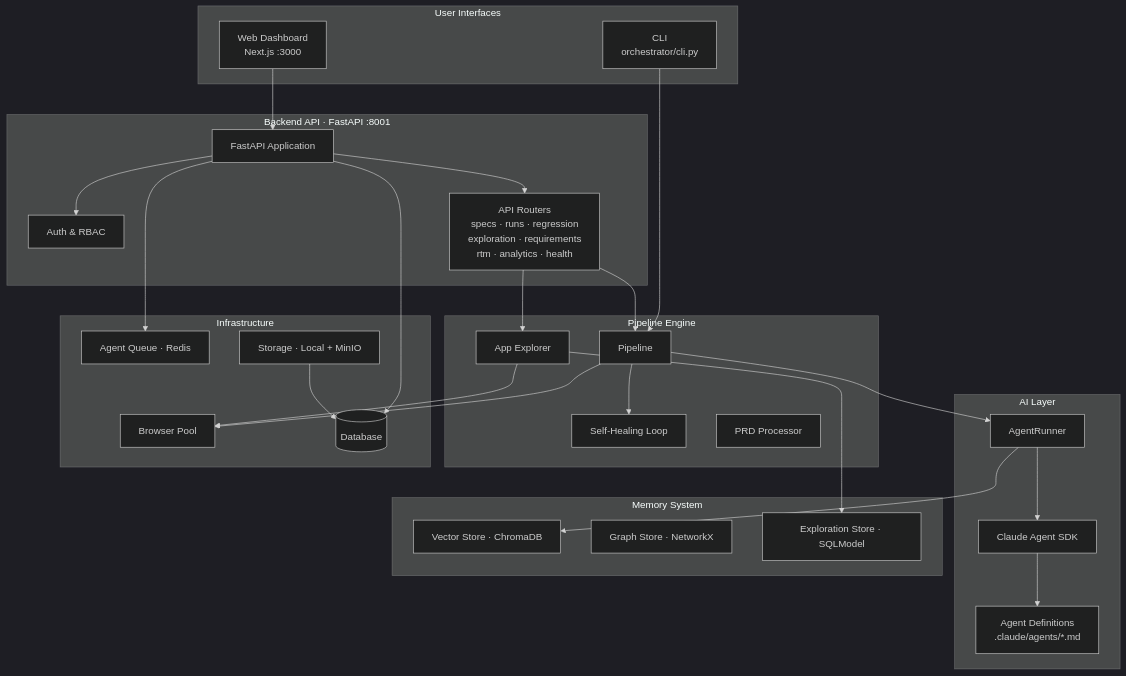
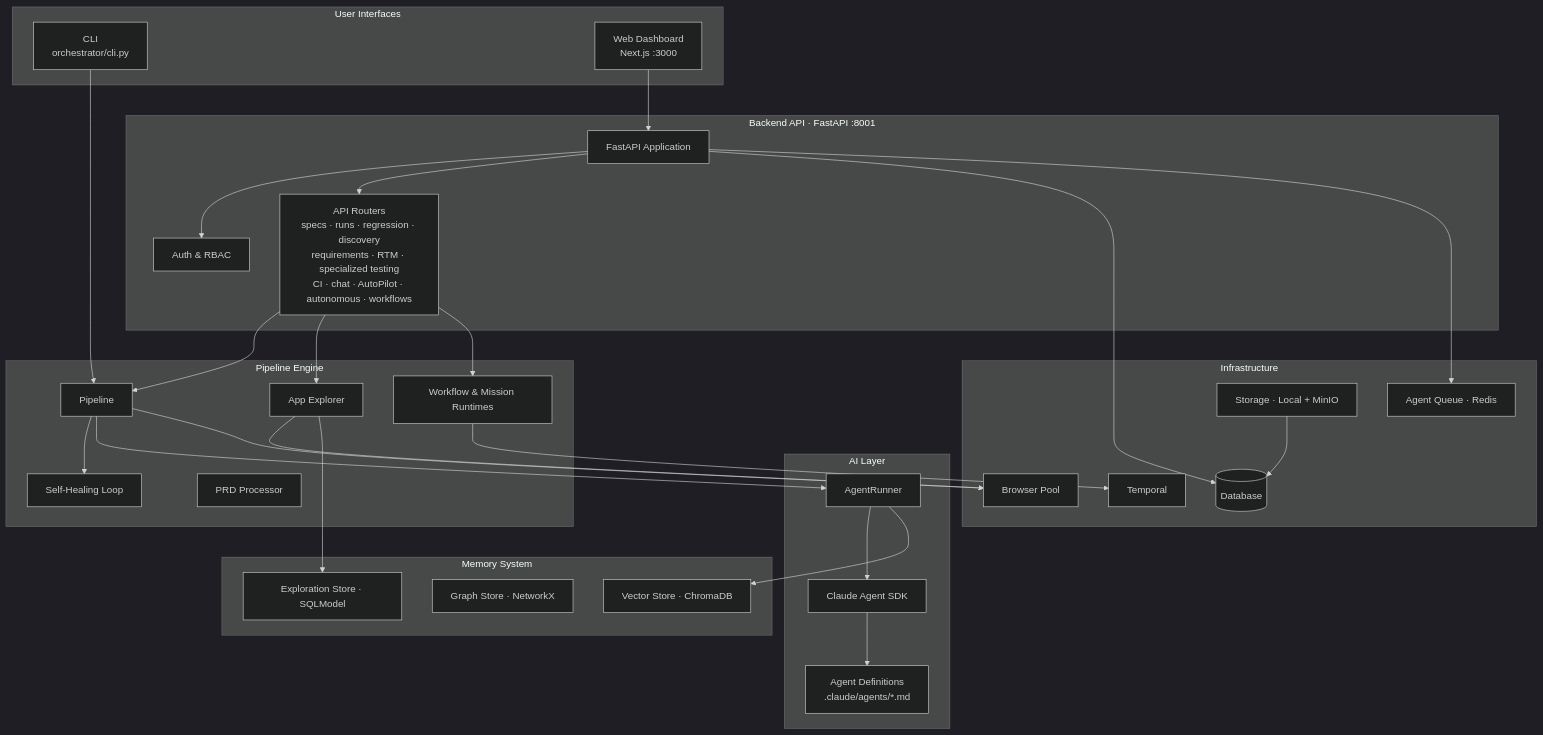
The first of 2 diagrams in docs/explanation/system-overview.md (NihadMemmedli/quorvex_ai), drawn with Mermaid (dark theme) before and after one commit. The commit also changed other lines of this file and 122 other files, not shown here.

````diff
--- a/docs/explanation/system-overview.md
+++ b/docs/explanation/system-overview.md
@@ -9,60 +14,64 @@
 ```mermaid
 graph TB
     subgraph UI["User Interfaces"]
         CLI["CLI\norchestrator/cli.py"]
         WEB["Web Dashboard\nNext.js :3000"]
     end
 
     subgraph BACKEND["Backend API · FastAPI :8001"]
         API["FastAPI Application"]
         AUTH["Auth & RBAC"]
-        ROUTERS["API Routers\nspecs · runs · regression\nexploration · requirements\nrtm · analytics · health"]
+        ROUTERS["API Routers\nspecs · runs · regression · discovery\nrequirements · RTM · specialized testing\nCI · chat · AutoPilot · autonomous · workflows"]
     end
 
     subgraph PIPELINE["Pipeline Engine"]
         NATIVE["Pipeline"]
         HEALER["Self-Healing Loop"]
         EXPLORER["App Explorer"]
         PRD["PRD Processor"]
+        WORKFLOWS["Workflow & Mission Runtimes"]
     end
 
     subgraph AILAYER["AI Layer"]
         RUNNER["AgentRunner"]
         SDK["Claude Agent SDK"]
         AGENTS["Agent Definitions\n.claude/agents/*.md"]
     end
 
     subgraph MEMORY["Memory System"]
         VS["Vector Store · ChromaDB"]
         GS["Graph Store · NetworkX"]
         ES["Exploration Store · SQLModel"]
     end
 
     subgraph INFRA["Infrastructure"]
         BP["Browser Pool"]
         AQ["Agent Queue · Redis"]
+        TEMP["Temporal"]
         DB[("Database")]
         STORE["Storage · Local + MinIO"]
     end
 
     CLI --> NATIVE
     WEB --> API
     API --> AUTH
     API --> ROUTERS
     ROUTERS --> NATIVE
     ROUTERS --> EXPLORER
+    ROUTERS --> WORKFLOWS
 
     NATIVE --> HEALER
     NATIVE --> RUNNER
+    WORKFLOWS --> TEMP
     RUNNER --> SDK
     SDK --> AGENTS
 
     NATIVE --> BP
     EXPLORER --> BP
     RUNNER --> VS
     EXPLORER --> ES
 
     API --> DB
     API --> AQ
     STORE --> DB
 ```
````
